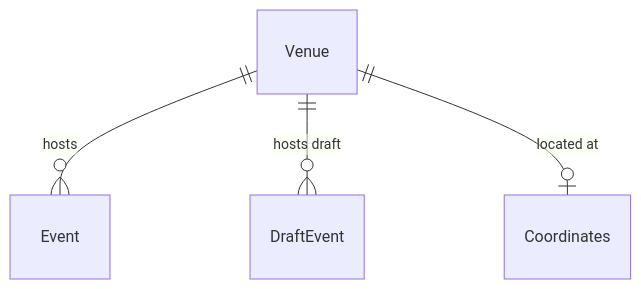
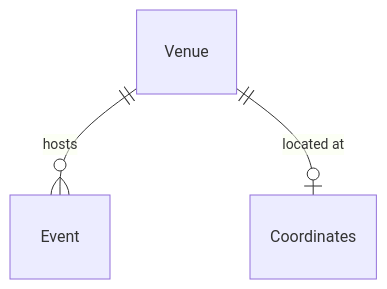
One commit to liverty-music/specification changed the diagram in openspec/specs/components/entity/venue/spec.md. Above: the diagram before and after it, drawn with Mermaid. The commit also changed 58 other files, not shown here.

````diff
--- a/openspec/specs/components/entity/venue/spec.md
+++ b/openspec/specs/components/entity/venue/spec.md
@@ -16,6 +16,5 @@
 ```mermaid
 erDiagram
   Venue ||--o{ Event : "hosts"
-  Venue ||--o{ DraftEvent : "hosts draft"
   Venue ||--o| Coordinates : "located at"
 ```
````
